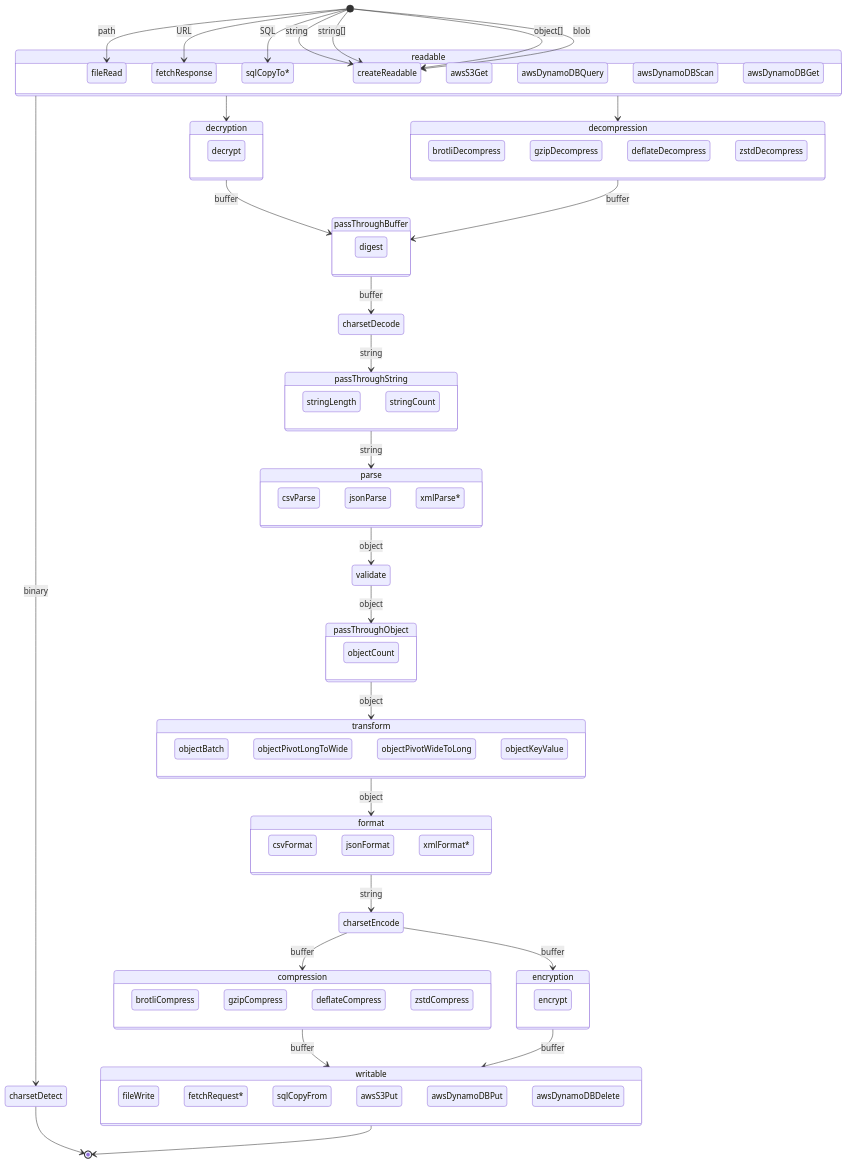
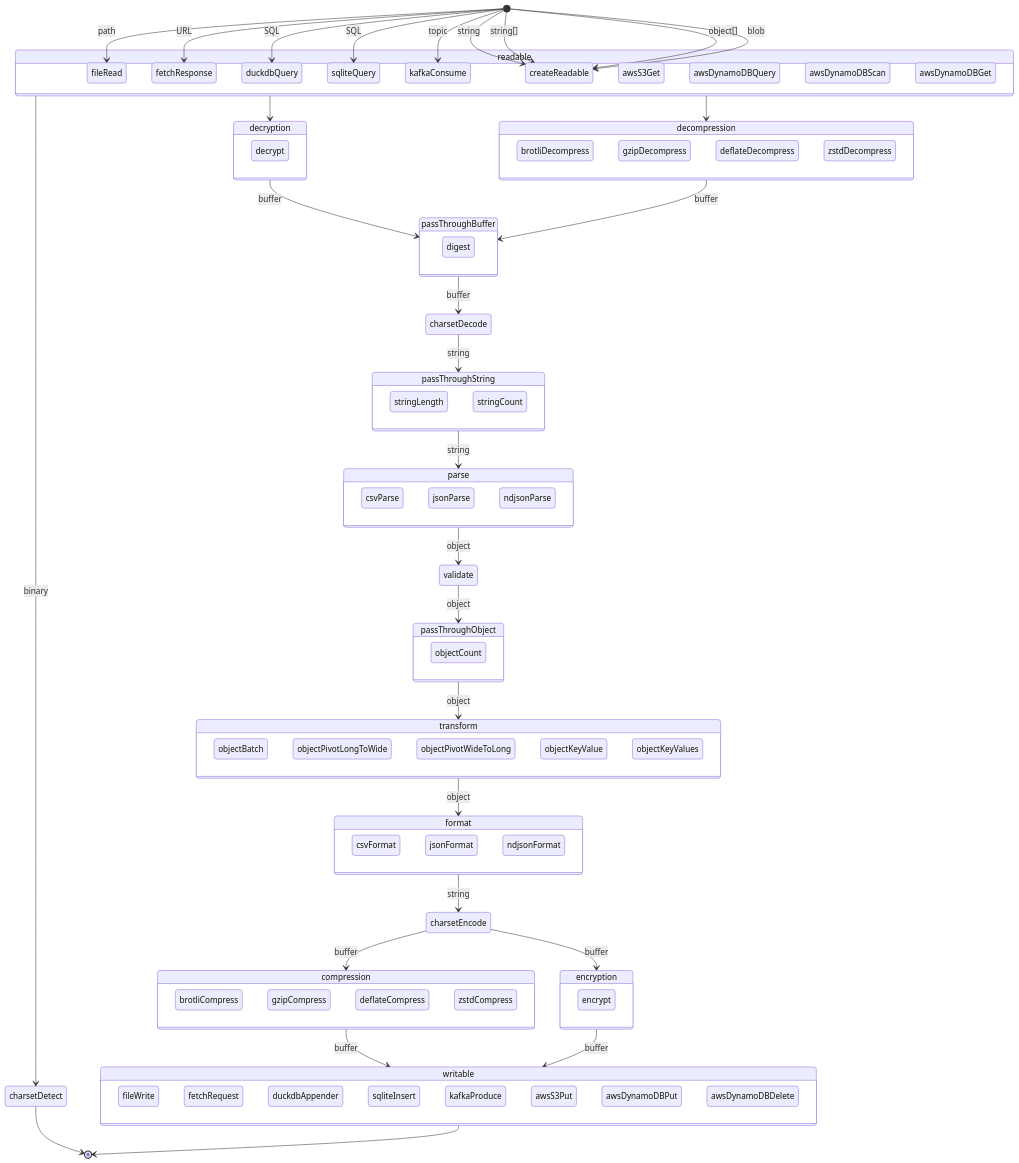
Before and after one commit to willfarrell/datastream: the diagram in README.md, drawn with Mermaid. The commit also changed other lines of this file and 257 other files, not shown here.

```diff
--- a/README.md
+++ b/README.md
@@ -280,7 +353,9 @@
 
     [*] --> fileRead: path
     [*] --> fetchResponse: URL
-    [*] --> sqlCopyTo*: SQL
+    [*] --> duckdbQuery: SQL
+    [*] --> sqliteQuery: SQL
+    [*] --> kafkaConsume: topic
     [*] --> createReadable: string
     [*] --> createReadable: string[]
     [*] --> createReadable: object[]
@@ -312,7 +387,9 @@
     state readable {
         fileRead
         fetchResponse
-        sqlCopyTo*
+        duckdbQuery
+        sqliteQuery
+        kafkaConsume
         createReadable
         awsS3Get
         awsDynamoDBQuery
@@ -334,7 +411,7 @@
     state parse {
       csvParse
       jsonParse
-      xmlParse*
+      ndjsonParse
     }
 
     state passThroughBuffer {
@@ -348,7 +425,6 @@
 
     state passThroughObject {
       objectCount
-      objectBatch
     }
 
     state transform {
@@ -356,13 +432,13 @@
       objectPivotLongToWide
       objectPivotWideToLong
       objectKeyValue
-      objectKeyValue
+      objectKeyValues
     }
 
     state format {
       csvFormat
       jsonFormat
-      xmlFormat*
+      ndjsonFormat
     }
 
     state compression {
@@ -378,8 +454,10 @@
 
     state writable {
         fileWrite
-        fetchRequest*
-        sqlCopyFrom
+        fetchRequest
+        duckdbAppender
+        sqliteInsert
+        kafkaProduce
         awsS3Put
         awsDynamoDBPut
         awsDynamoDBDelete
```
